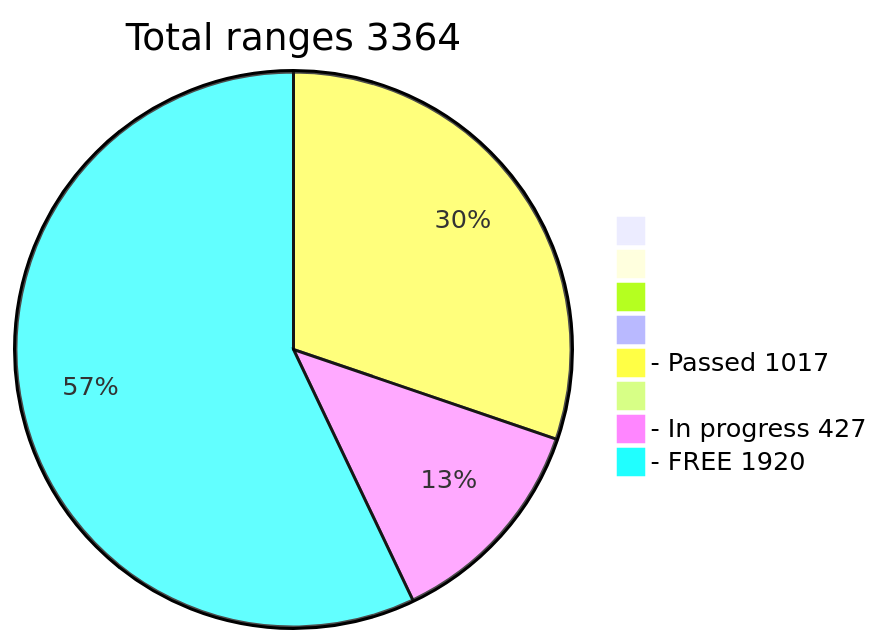
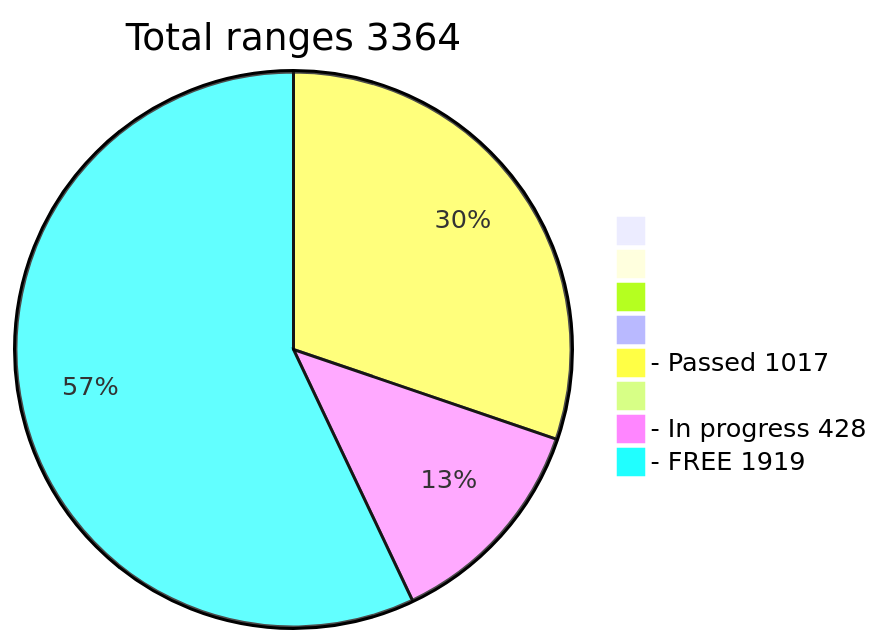
Before and after one commit to phrutis/wif500: the diagram in README.md, drawn with Mermaid.

````diff
--- a/README.md
+++ b/README.md
@@ -16,12 +16,12 @@
 ```mermaid
 pie title Total ranges 3364
              " " : 0
             "  " : 0
            "   " : 0
           "    " : 0
   "- Passed 1017" : 1017
          "     " : 0
-  "- In progress 427" : 427
-   "- FREE 1920" : 1920
+  "- In progress 428" : 428
+   "- FREE 1919" : 1919
    
 ```
````
